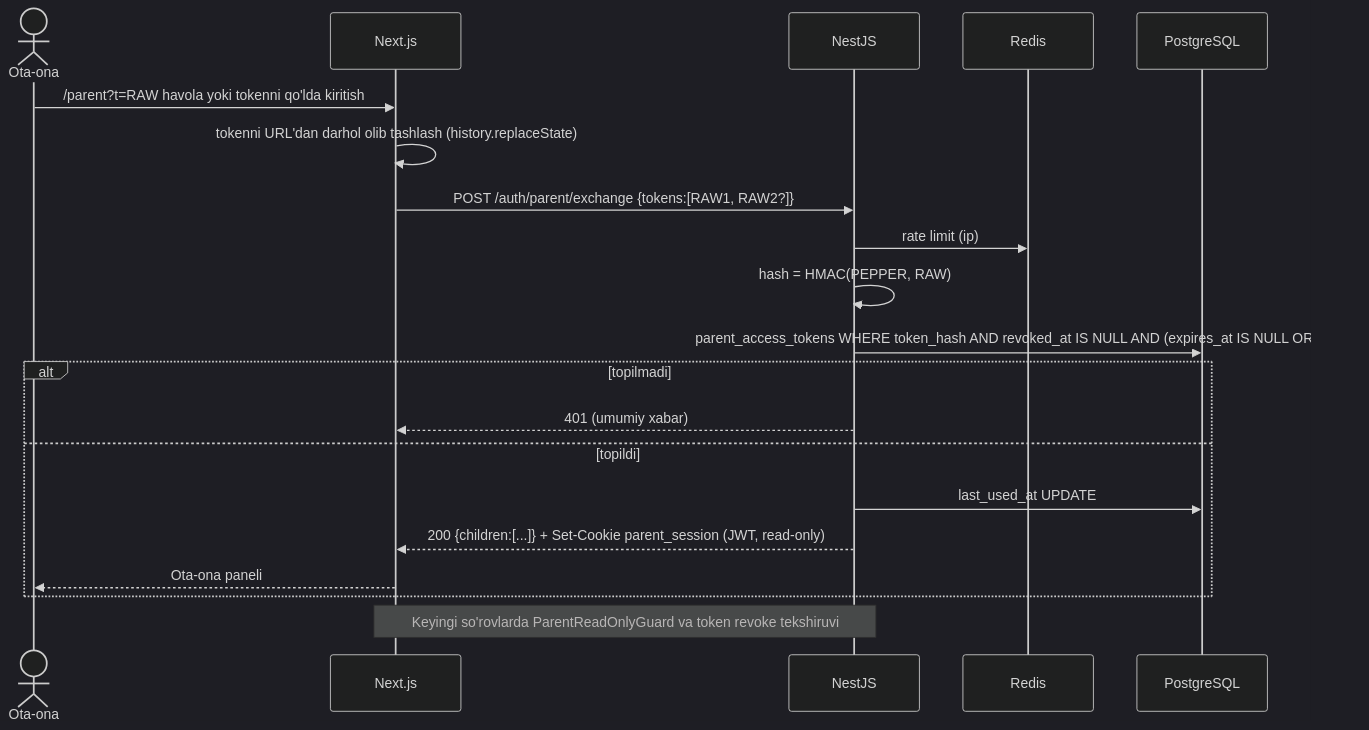
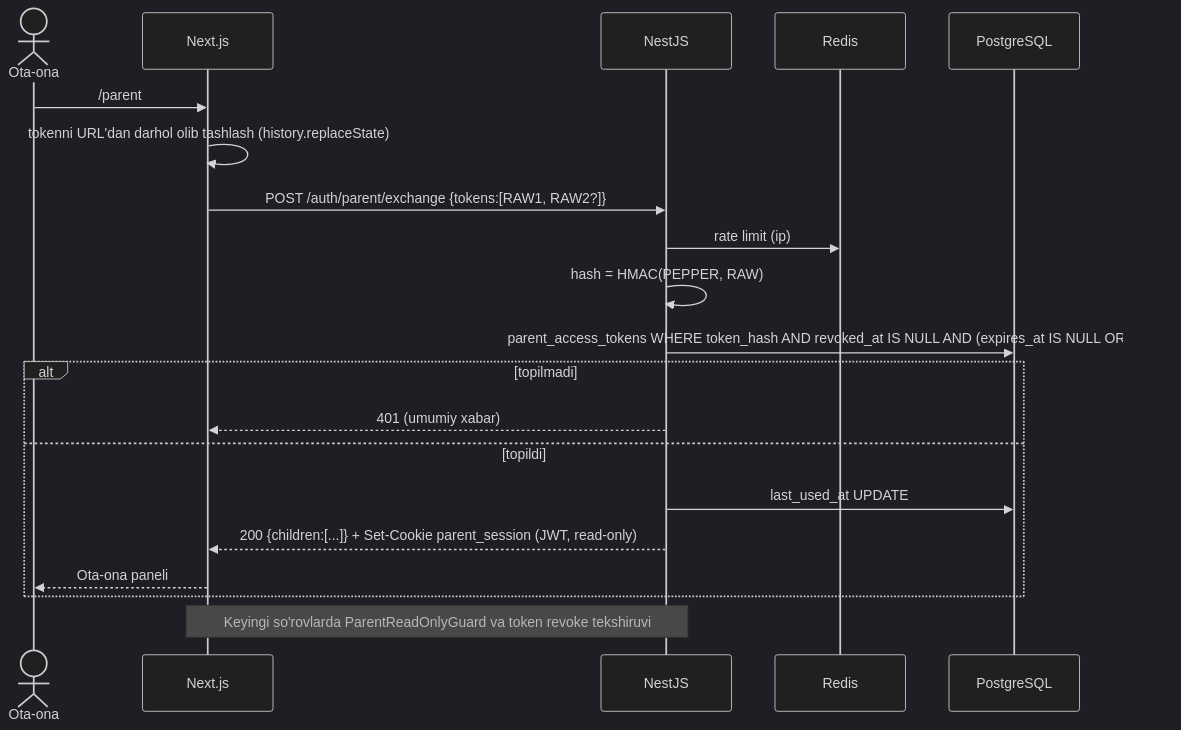
Before and after one commit to EshpolatovM/ICO-IT-Academy: the fifth of 5 diagrams in docs/02-auth.md, drawn with Mermaid (dark theme). The commit also changed other lines of this file and 10 other files, not shown here.

````diff
--- a/docs/02-auth.md
+++ b/docs/02-auth.md
@@ -137,23 +137,23 @@
 ```mermaid
 sequenceDiagram
     actor P as Ota-ona
     participant FE as Next.js
     participant API as NestJS
     participant R as Redis
     participant DB as PostgreSQL
 
-    P->>FE: /parent?t=RAW havola yoki tokenni qo'lda kiritish
+    P->>FE: /parent#t=RAW havola yoki tokenni qo'lda kiritish
     FE->>FE: tokenni URL'dan darhol olib tashlash (history.replaceState)
     FE->>API: POST /auth/parent/exchange {tokens:[RAW1, RAW2?]}
     API->>R: rate limit (ip)
     API->>API: hash = HMAC(PEPPER, RAW)
     API->>DB: parent_access_tokens WHERE token_hash AND revoked_at IS NULL AND (expires_at IS NULL OR > now)
     alt topilmadi
         API-->>FE: 401 (umumiy xabar)
     else topildi
         API->>DB: last_used_at UPDATE
         API-->>FE: 200 {children:[...]} + Set-Cookie parent_session (JWT, read-only)
         FE-->>P: Ota-ona paneli
     end
     Note over FE,API: Keyingi so'rovlarda ParentReadOnlyGuard va token revoke tekshiruvi
 ```
````
